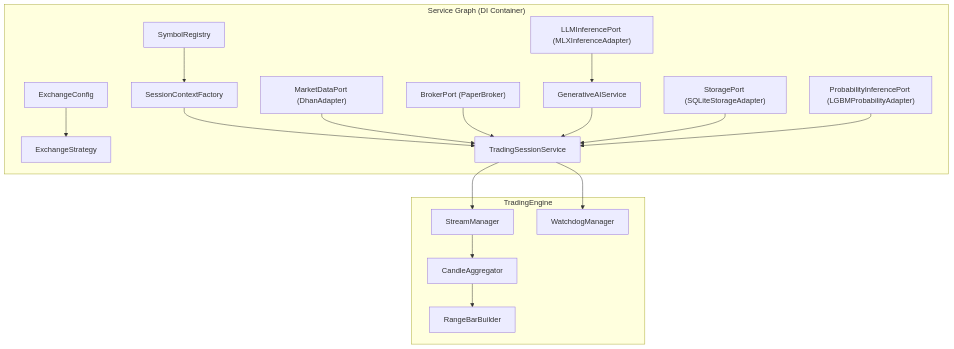
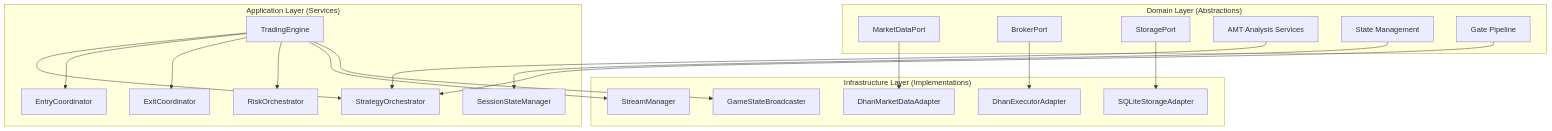
One commit to gemrajkhatry-maker/v5-of-glassytrade-ai changed the second of 9 diagrams in .qoder/repowiki/en/content/System Overview/Architecture Overview.md. Above: the diagram before and after it, drawn with Mermaid. The commit also changed other lines of this file and 930 other files, not shown here.

````diff
--- a/.qoder/repowiki/en/content/System Overview/Architecture Overview.md
+++ b/.qoder/repowiki/en/content/System Overview/Architecture Overview.md
@@ -95,35 +124,38 @@
 ```mermaid
 graph TB
-subgraph "Service Graph (DI Container)"
-EXC["ExchangeConfig"]
-REG["SymbolRegistry"]
-STR["ExchangeStrategy"]
-FAC["SessionContextFactory"]
-MDP["MarketDataPort (DhanAdapter)"]
-BRK["BrokerPort (PaperBroker)"]
-LLM["LLMInferencePort (MLXInferenceAdapter)"]
-GEN["GenerativeAIService"]
-STG["StoragePort (SQLiteStorageAdapter)"]
-PROB["ProbabilityInferencePort (LGBMProbabilityAdapter)"]
-TSS["TradingSessionService"]
+subgraph "Domain Layer (Abstractions)"
+MD["MarketDataPort"]
+BR["BrokerPort"]
+ST["StoragePort"]
+AMT["AMT Analysis Services"]
+STATE["State Management"]
+GATES["Gate Pipeline"]
 end
-subgraph "TradingEngine"
+subgraph "Infrastructure Layer (Implementations)"
+DM["DhanMarketDataAdapter"]
+DE["DhanExecutorAdapter"]
+DS["SQLiteStorageAdapter"]
 SM["StreamManager"]
-CA["CandleAggregator"]
-RB["RangeBarBuilder"]
-WD["WatchdogManager"]
+SB["GameStateBroadcaster"]
 end
-EXC --> STR
-REG --> FAC
-FAC --> TSS
-MDP --> TSS
-BRK --> TSS
-LLM --> GEN
-GEN --> TSS
-STG --> TSS
-PROB --> TSS
-TSS --> SM
-SM --> CA
-CA --> RB
-TSS --> WD
+subgraph "Application Layer (Services)"
+TE["TradingEngine"]
+SO["StrategyOrchestrator"]
+SSM["SessionStateManager"]
+ENTRY["EntryCoordinator"]
+EXIT["ExitCoordinator"]
+RL["RiskOrchestrator"]
+end
+MD --> DM
+BR --> DE
+ST --> DS
+AMT --> SO
+STATE --> SSM
+GATES --> SO
+TE --> SO
+TE --> ENTRY
+TE --> EXIT
+TE --> RL
+TE --> SM
+TE --> SB
 ```
````
